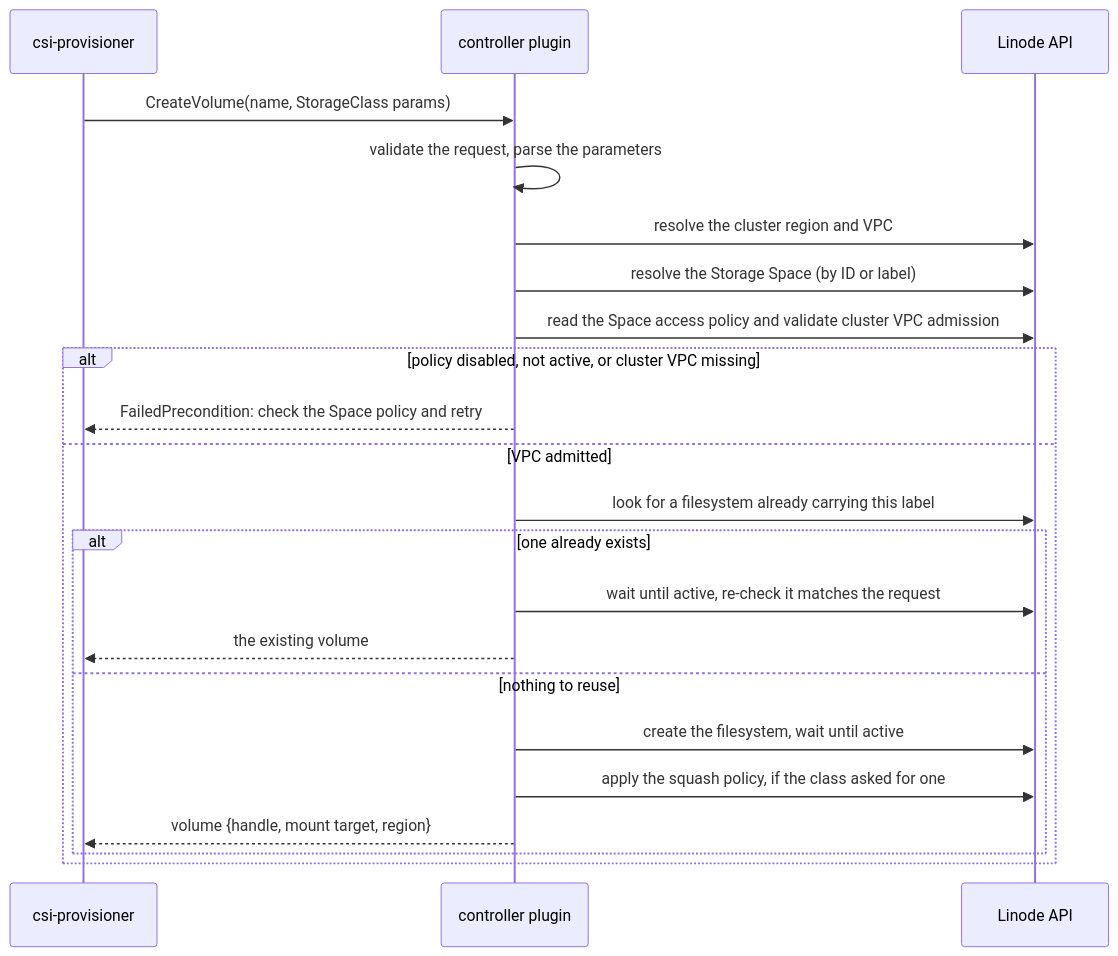
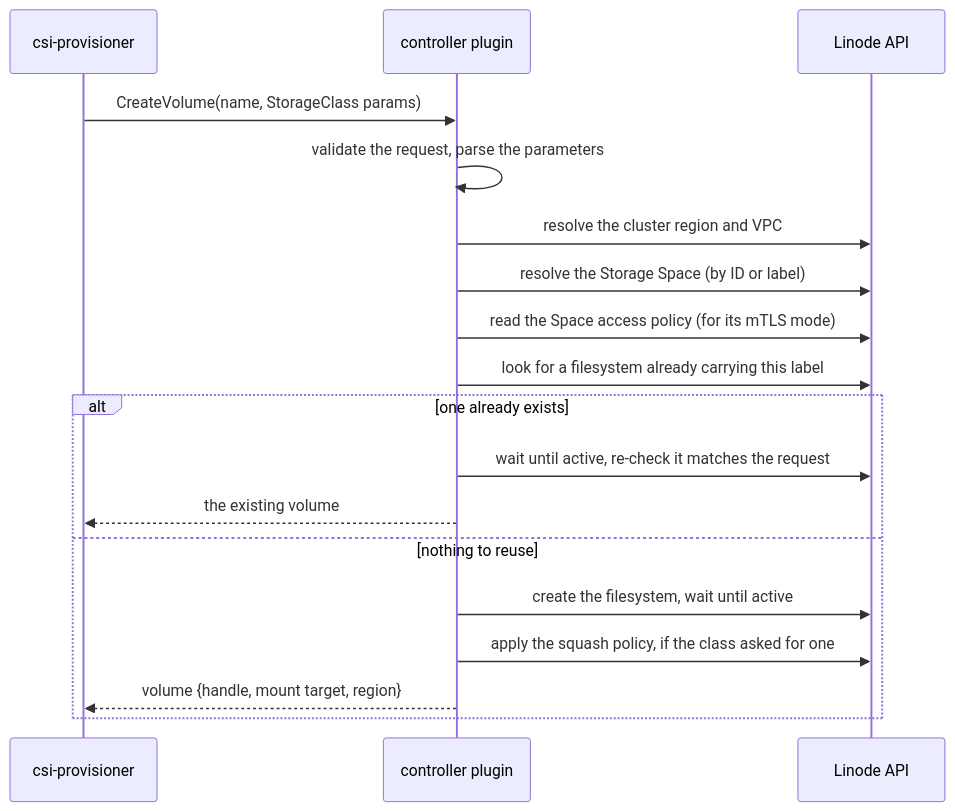
The first of 3 diagrams in docs/architecture.md (linode/linode-filestorage-csi-driver), drawn with Mermaid before and after one commit. The commit also changed other lines of this file and 10 other files, not shown here.

Commit message:
[refactor] Update documentation and validation logic for Space access policy management

````diff
--- a/docs/architecture.md
+++ b/docs/architecture.md
@@ -201,24 +201,20 @@
 ```mermaid
 sequenceDiagram
     participant P as csi-provisioner
     participant C as controller plugin
     participant L as Linode API
     P->>C: CreateVolume(name, StorageClass params)
     C->>C: validate the request, parse the parameters
     C->>L: resolve the cluster region and VPC
     C->>L: resolve the Storage Space (by ID or label)
-    C->>L: read the Space access policy and validate cluster VPC admission
-    alt policy disabled, not active, or cluster VPC missing
-        C-->>P: FailedPrecondition: check the Space policy and retry
-    else VPC admitted
-        C->>L: look for a filesystem already carrying this label
-        alt one already exists
-            C->>L: wait until active, re-check it matches the request
-            C-->>P: the existing volume
-        else nothing to reuse
-            C->>L: create the filesystem, wait until active
-            C->>L: apply the squash policy, if the class asked for one
-            C-->>P: volume {handle, mount target, region}
-        end
+    C->>L: read the Space access policy (for its mTLS mode)
+    C->>L: look for a filesystem already carrying this label
+    alt one already exists
+        C->>L: wait until active, re-check it matches the request
+        C-->>P: the existing volume
+    else nothing to reuse
+        C->>L: create the filesystem, wait until active
+        C->>L: apply the squash policy, if the class asked for one
+        C-->>P: volume {handle, mount target, region}
     end
 ```
````
